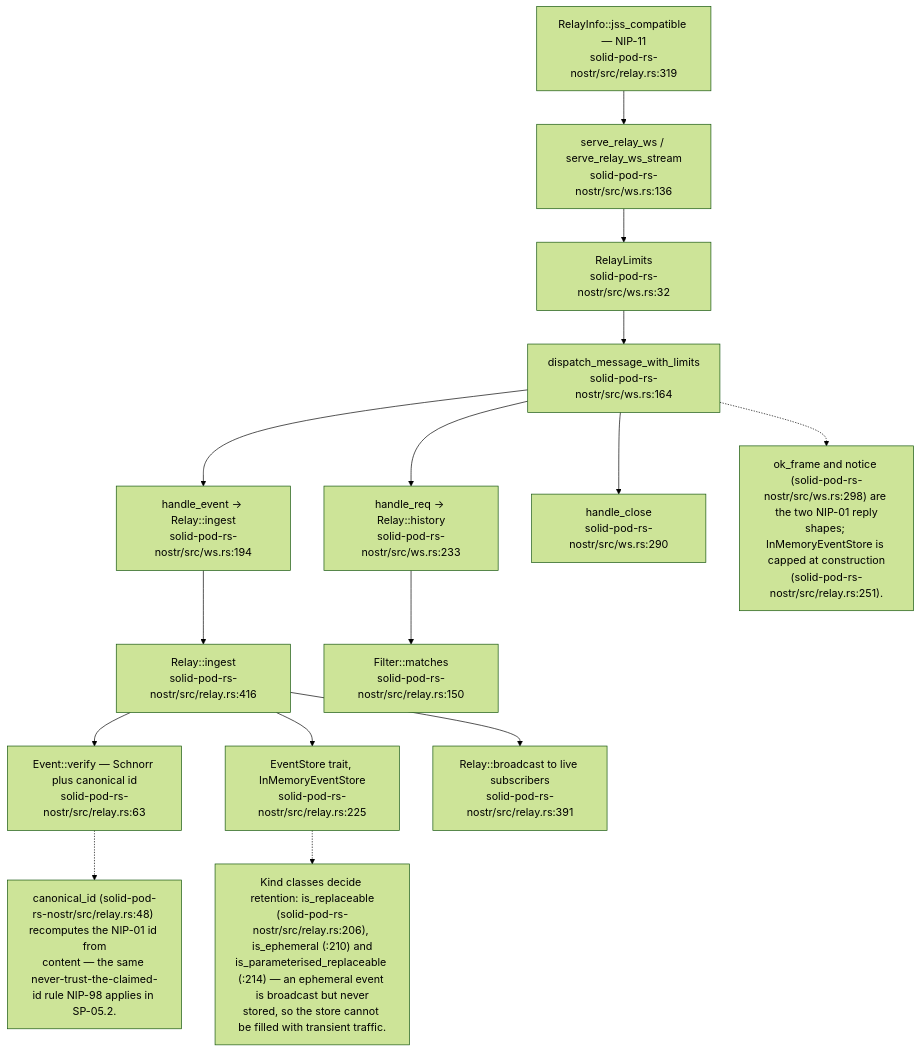
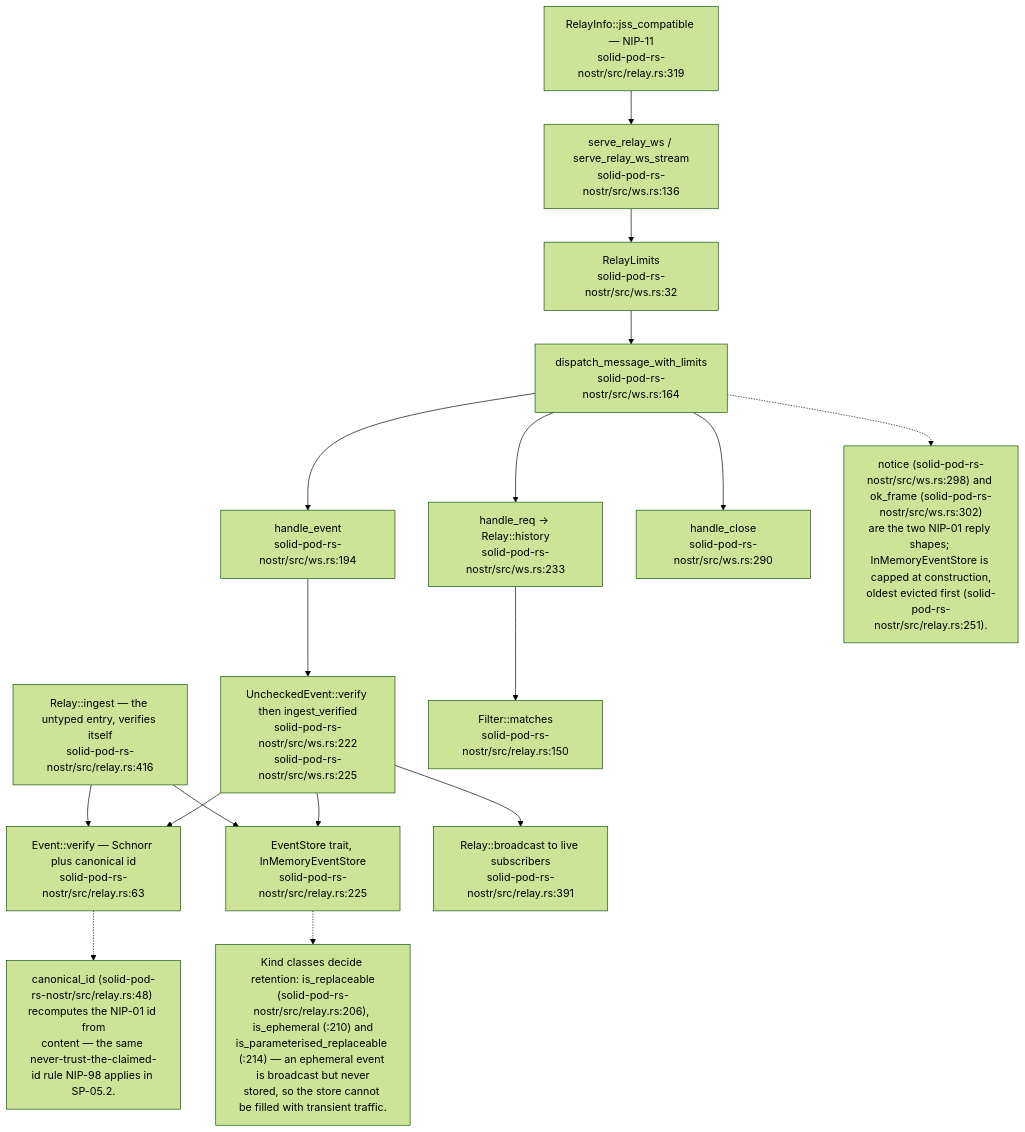
The seventh of 17 diagrams in docs/diagrams/solid-pod-rs/08-federation-notifications-forge-mcp.md (DreamLab-AI/VisionFlow), drawn with Mermaid (forest theme) before and after one commit. The commit also changed other lines of this file and 47 other files, not shown here.

````diff
--- a/docs/diagrams/solid-pod-rs/08-federation-notifications-forge-mcp.md
+++ b/docs/diagrams/solid-pod-rs/08-federation-notifications-forge-mcp.md
@@ -230,30 +274,33 @@
 ```mermaid
 flowchart TD
     WS["serve_relay_ws / serve_relay_ws_stream<br/>solid-pod-rs-nostr/src/ws.rs:136"]
     LIM["RelayLimits<br/>solid-pod-rs-nostr/src/ws.rs:32"]
     DISP["dispatch_message_with_limits<br/>solid-pod-rs-nostr/src/ws.rs:164"]
-    EV["handle_event -> Relay::ingest<br/>solid-pod-rs-nostr/src/ws.rs:194"]
+    EV["handle_event<br/>solid-pod-rs-nostr/src/ws.rs:194"]
+    UV["UncheckedEvent::verify then ingest_verified<br/>solid-pod-rs-nostr/src/ws.rs:222<br/>solid-pod-rs-nostr/src/ws.rs:225"]
     REQ["handle_req -> Relay::history<br/>solid-pod-rs-nostr/src/ws.rs:233"]
     CLS["handle_close<br/>solid-pod-rs-nostr/src/ws.rs:290"]
-    ING["Relay::ingest<br/>solid-pod-rs-nostr/src/relay.rs:416"]
+    ING["Relay::ingest — the untyped entry, verifies itself<br/>solid-pod-rs-nostr/src/relay.rs:416"]
     VER["Event::verify — Schnorr plus canonical id<br/>solid-pod-rs-nostr/src/relay.rs:63"]
     STORE["EventStore trait, InMemoryEventStore<br/>solid-pod-rs-nostr/src/relay.rs:225"]
     BC["Relay::broadcast to live subscribers<br/>solid-pod-rs-nostr/src/relay.rs:391"]
     FIL["Filter::matches<br/>solid-pod-rs-nostr/src/relay.rs:150"]
     INFO["RelayInfo::jss_compatible — NIP-11<br/>solid-pod-rs-nostr/src/relay.rs:319"]
 
     WS --> LIM --> DISP
-    DISP --> EV --> ING --> VER
+    DISP --> EV --> UV --> VER
+    UV --> STORE
+    UV --> BC
+    ING --> VER
     ING --> STORE
-    ING --> BC
     DISP --> REQ --> FIL
     DISP --> CLS
     INFO --> WS
 
     N["Kind classes decide retention: is_replaceable<br/>(solid-pod-rs-nostr/src/relay.rs:206), is_ephemeral (:210) and<br/>is_parameterised_replaceable (:214) — an ephemeral event is broadcast but never<br/>stored, so the store cannot be filled with transient traffic."]
     STORE -.-> N
     N2["canonical_id (solid-pod-rs-nostr/src/relay.rs:48) recomputes the NIP-01 id from<br/>content — the same never-trust-the-claimed-id rule NIP-98 applies in SP-05.2."]
     VER -.-> N2
-    N3["ok_frame and notice (solid-pod-rs-nostr/src/ws.rs:298) are the two NIP-01 reply<br/>shapes; InMemoryEventStore is capped at construction<br/>(solid-pod-rs-nostr/src/relay.rs:251)."]
+    N3["notice (solid-pod-rs-nostr/src/ws.rs:298) and ok_frame (solid-pod-rs-nostr/src/ws.rs:302)<br/>are the two NIP-01 reply shapes; InMemoryEventStore is capped at construction,<br/>oldest evicted first (solid-pod-rs-nostr/src/relay.rs:251)."]
     DISP -.-> N3
 ```
````
